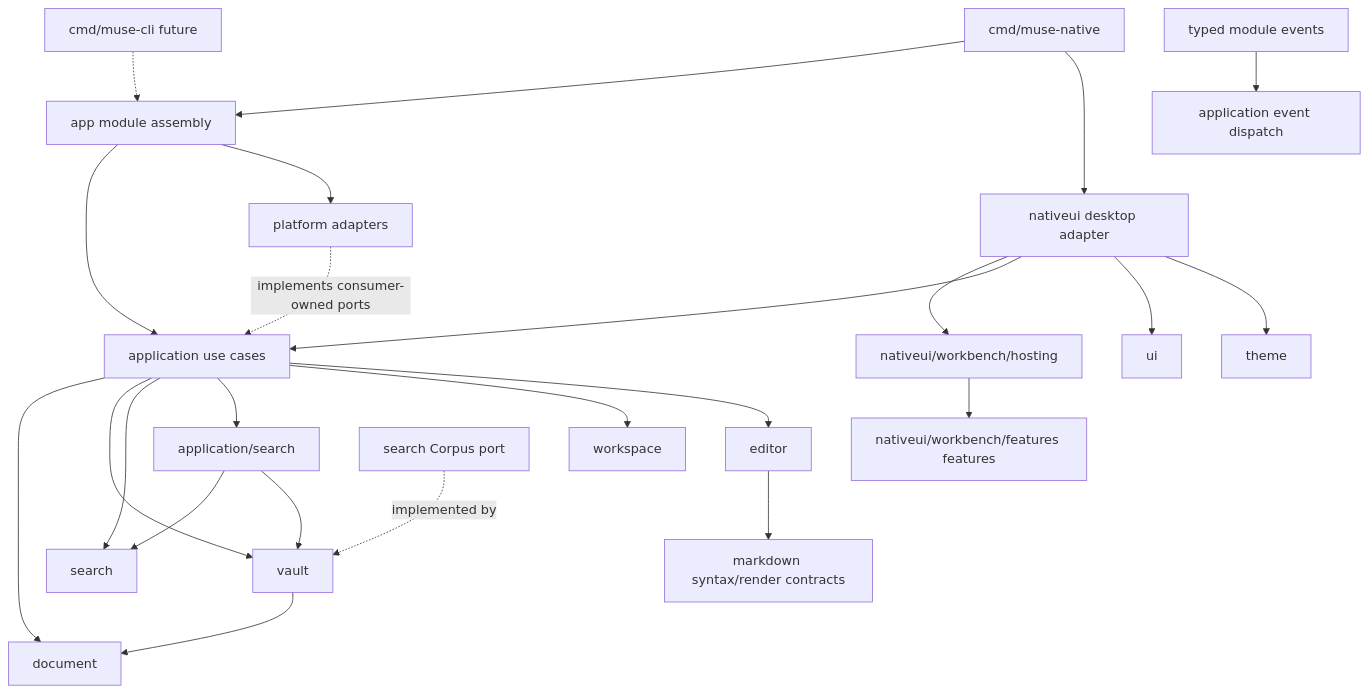
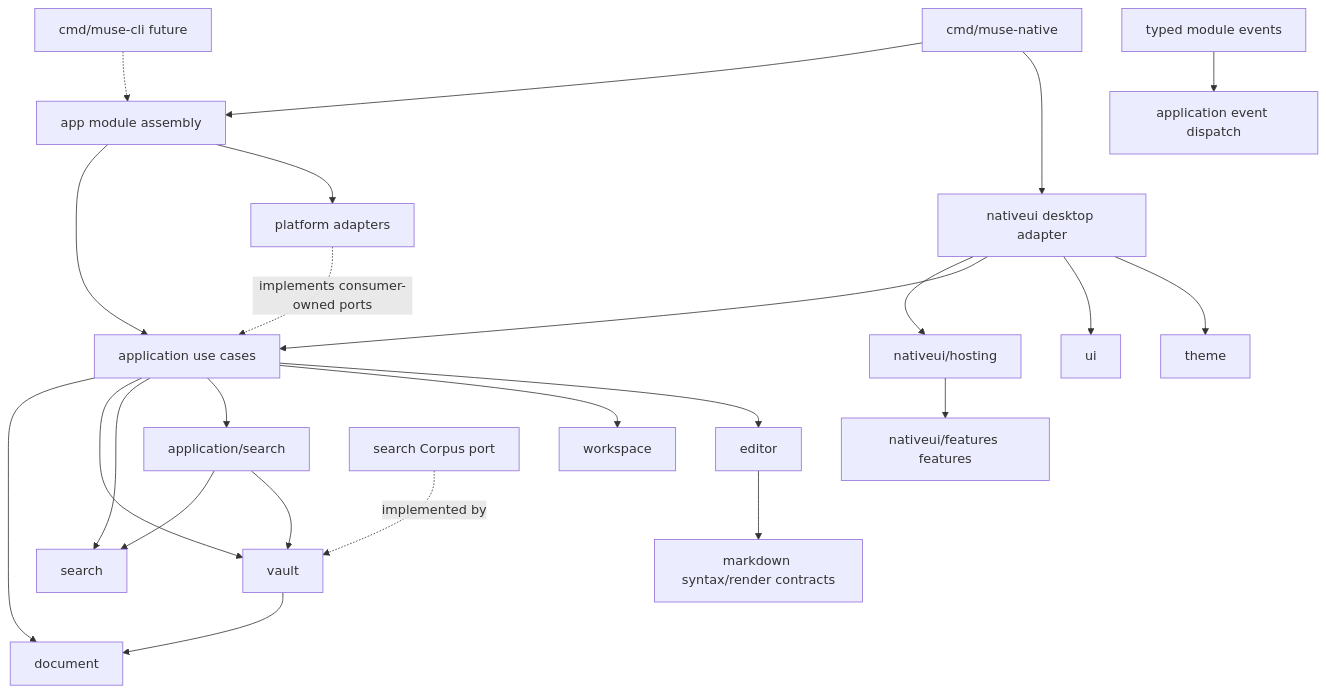
The diagram in docs/architecture.md (wheregrassdreams/muse), drawn with Mermaid before and after one commit. The commit also changed other lines of this file and 1 other file, not shown here.

Commit message:
docs: align editor engine and UI architecture

````diff
--- a/docs/architecture.md
+++ b/docs/architecture.md
@@ -439,26 +472,26 @@
 ```mermaid
 flowchart TD
   DesktopCmd[cmd/muse-native] --> App[app module assembly]
   CLIFuture[cmd/muse-cli future] -.-> App
   DesktopCmd --> UI[nativeui desktop adapter]
-  UI --> WindowHost[nativeui/workbench/hosting]
-  WindowHost --> Features[nativeui/workbench/features features]
+  UI --> WindowHost[nativeui/hosting]
+  WindowHost --> Features[nativeui/features features]
   UI --> UseCases[application use cases]
   App --> UseCases
   App --> Platform[platform adapters]
   UseCases --> Document[document]
   UseCases --> Vault[vault]
   UseCases --> Search[search]
   UseCases --> AppSearch[application/search]
   AppSearch --> Search
   AppSearch --> Vault
   UseCases --> Workspace[workspace]
   UseCases --> Editor[editor]
   Editor --> Markdown[markdown syntax/render contracts]
   Vault --> Document
   SearchPort[search Corpus port] -.implemented by.-> Vault
   Platform -.implements consumer-owned ports.-> UseCases
   UI --> SharedUI[ui]
   UI --> Theme[theme]
   DomainEvents[typed module events] --> Dispatcher[application event dispatch]
 ```
````
